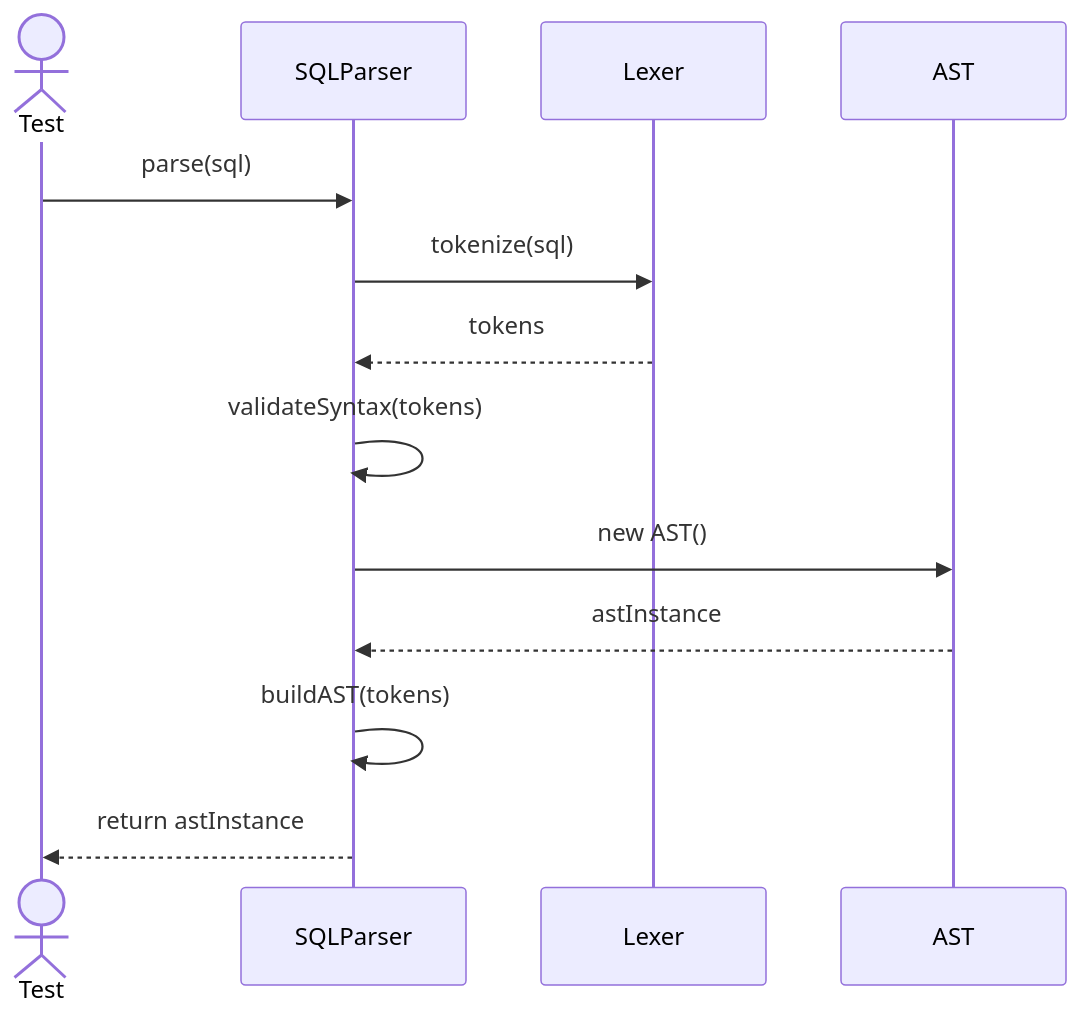
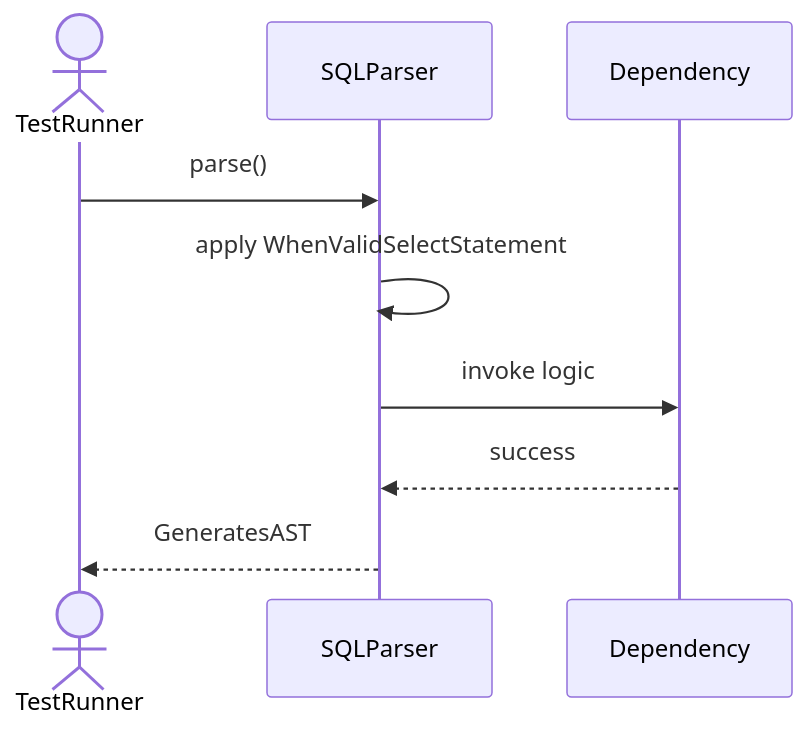
One commit to TamBui1706/DBMS changed the first of 7 diagrams in Sequences/QueryProcessor/SQLParser.md. Above: the diagram before and after it, drawn with Mermaid. The commit also changed other lines of this file and 63 other files, not shown here.

Commit message:
Draw sequence diagram for unit tests

````diff
--- a/Sequences/QueryProcessor/SQLParser.md
+++ b/Sequences/QueryProcessor/SQLParser.md
@@ -14,16 +14,10 @@
 ```mermaid
 sequenceDiagram
-    actor Test
+    actor TestRunner
     participant SQLParser
-    participant Lexer
-    participant AST
-
-    Test->>SQLParser: parse(sql)
-    SQLParser->>Lexer: tokenize(sql)
-    Lexer-->>SQLParser: tokens
-    SQLParser->>SQLParser: validateSyntax(tokens)
-    SQLParser->>AST: new AST()
-    AST-->>SQLParser: astInstance
-    SQLParser->>SQLParser: buildAST(tokens)
-    SQLParser-->>Test: return astInstance
+    TestRunner->>SQLParser: parse()
+    SQLParser->>SQLParser: apply WhenValidSelectStatement
+    SQLParser->>Dependency: invoke logic
+    Dependency-->>SQLParser: success
+    SQLParser-->>TestRunner: GeneratesAST
 ```
````
